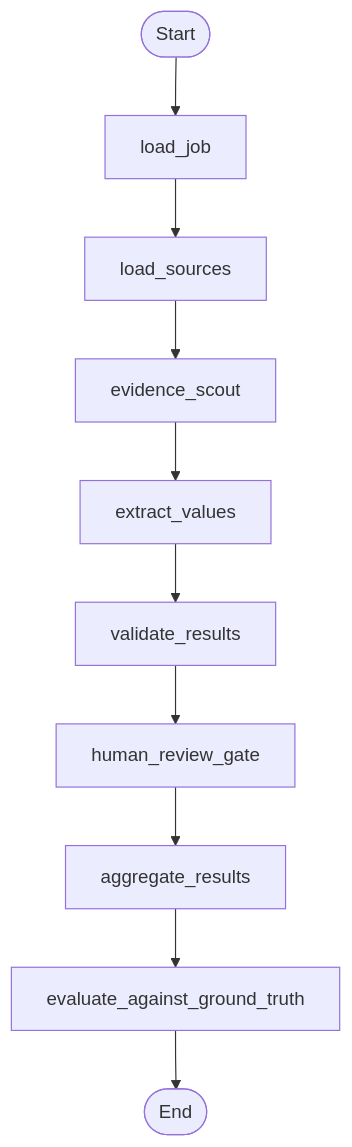
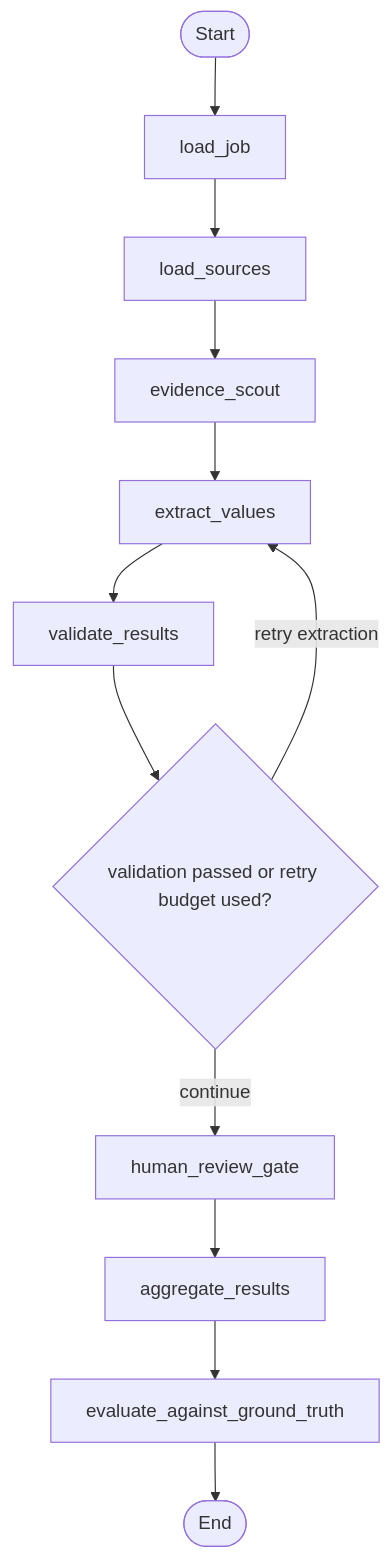
One commit to ngtinc21/agentic-document-extraction-langgraph changed the diagram in README.md. Above: the diagram before and after it, drawn with Mermaid. The commit also changed other lines of this file and 16 other files, not shown here.

Commit message:
Add validation retry loop and portfolio polish

````diff
--- a/README.md
+++ b/README.md
@@ -22,12 +22,14 @@
 ```mermaid
 flowchart TD
   start([Start]) --> load_job[load_job]
   load_job --> load_sources[load_sources]
   load_sources --> evidence_scout[evidence_scout]
   evidence_scout --> extract_values[extract_values]
   extract_values --> validate_results[validate_results]
-  validate_results --> human_review_gate[human_review_gate]
+  validate_results --> check{validation passed or retry budget used?}
+  check -- "retry extraction" --> extract_values
+  check -- "continue" --> human_review_gate[human_review_gate]
   human_review_gate --> aggregate_results[aggregate_results]
   aggregate_results --> evaluate[evaluate_against_ground_truth]
   evaluate --> end_node([End])
 ```
````
